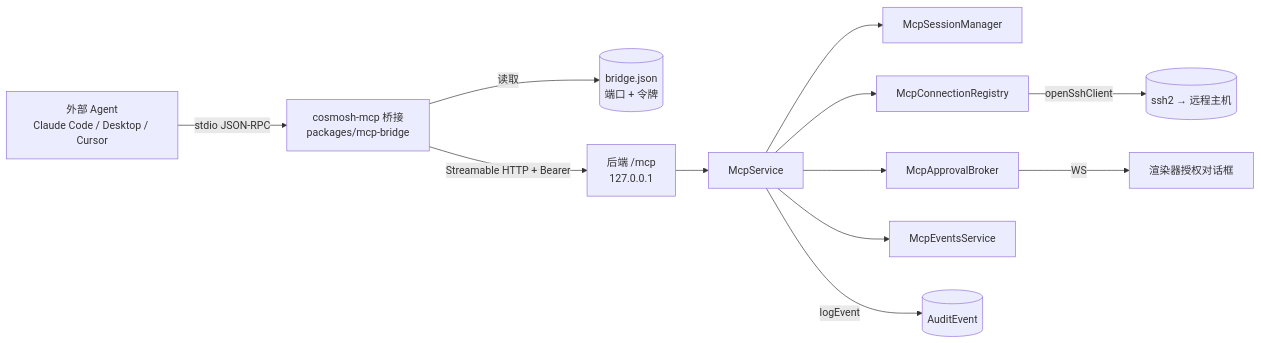
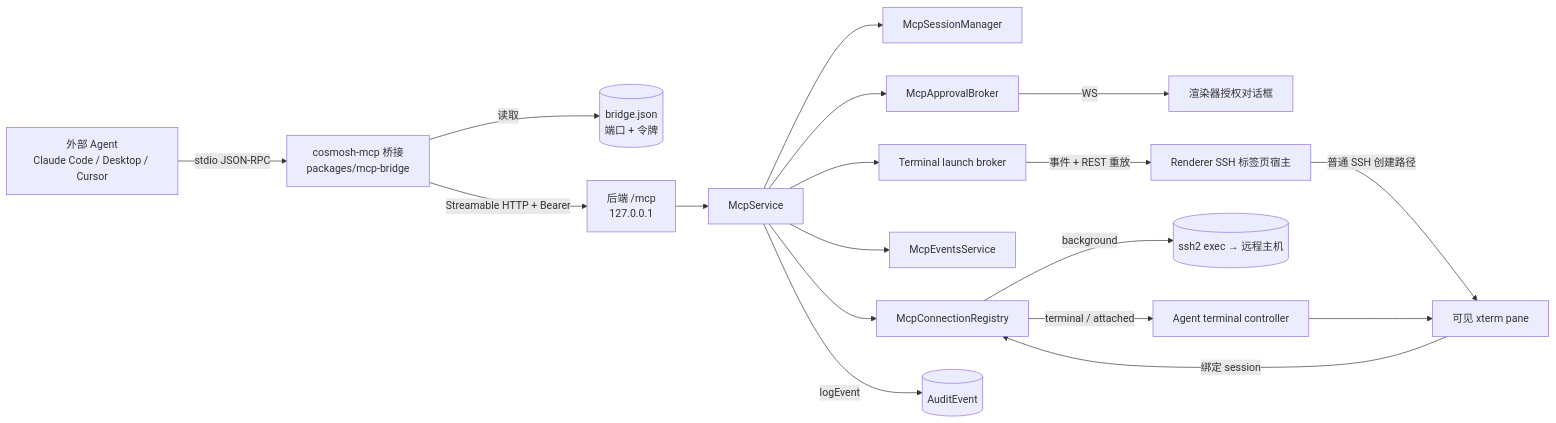
Before and after one commit to agoudbg/Cosmosh: the diagram in docs/zh-CN/developer/runtime/mcp-server.md, drawn with Mermaid. The commit also changed other lines of this file and 14 other files, not shown here.

````diff
--- a/docs/zh-CN/developer/runtime/mcp-server.md
+++ b/docs/zh-CN/developer/runtime/mcp-server.md
@@ -20,14 +22,20 @@
 ```mermaid
 flowchart LR
   A[外部 Agent<br/>Claude Code / Desktop / Cursor] -->|stdio JSON-RPC| B[cosmosh-mcp 桥接<br/>packages/mcp-bridge]
   B -->|读取| D[(bridge.json<br/>端口 + 令牌)]
   B -->|Streamable HTTP + Bearer| C[后端 /mcp<br/>127.0.0.1]
   C --> E[McpService]
   E --> F[McpSessionManager]
   E --> G[McpConnectionRegistry]
   E --> H[McpApprovalBroker]
   E --> I[McpEventsService]
   H -->|WS| J[渲染器授权对话框]
+  E --> M[Terminal launch broker]
+  M -->|事件 + REST 重放| N[Renderer SSH 标签页宿主]
+  N -->|普通 SSH 创建路径| O[可见 xterm pane]
+  O -->|绑定 session| G
   E -->|logEvent| K[(AuditEvent)]
-  G -->|openSshClient| L[(ssh2 → 远程主机)]
+  G -->|background| L[(ssh2 exec → 远程主机)]
+  G -->|terminal / attached| P[Agent terminal controller]
+  P --> O
 ```
````
